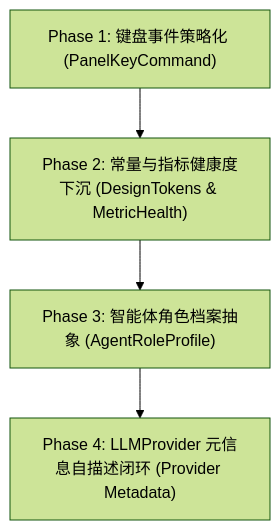
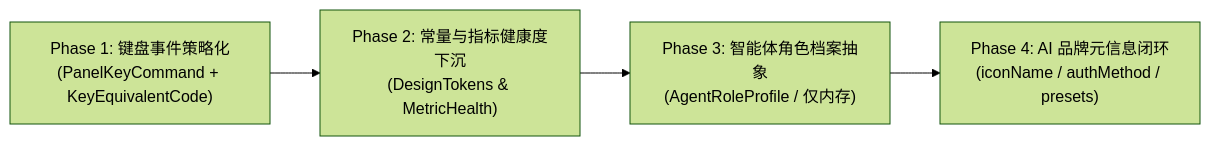
Before and after one commit to dzhang1987/quick-show: the second of 2 diagrams in docs/ARCHITECTURE_SOLID_REFACTORING.md, drawn with Mermaid (forest theme). The commit also changed other lines of this file and 29 other files, not shown here.

````diff
--- a/docs/ARCHITECTURE_SOLID_REFACTORING.md
+++ b/docs/ARCHITECTURE_SOLID_REFACTORING.md
@@ -318,11 +475,6 @@
 ```mermaid
-flowchart TD
-    P1["Phase 1: 键盘事件策略化 (PanelKeyCommand)"]
-    P2["Phase 2: 常量与指标健康度下沉 (DesignTokens & MetricHealth)"]
-    P3["Phase 3: 智能体角色档案抽象 (AgentRoleProfile)"]
-    P4["Phase 4: LLMProvider 元信息自描述闭环 (Provider Metadata)"]
-
-    P1 --> P2
-    P2 --> P3
-    P3 --> P4
+flowchart LR
+    P1["Phase 1: 键盘事件策略化<br>(PanelKeyCommand + KeyEquivalentCode)"] --> P2["Phase 2: 常量与指标健康度下沉<br>(DesignTokens & MetricHealth)"]
+    P2 --> P3["Phase 3: 智能体角色档案抽象<br>(AgentRoleProfile / 仅内存)"]
+    P3 --> P4["Phase 4: AI 品牌元信息闭环<br>(iconName / authMethod / presets)"]
 ```
````
